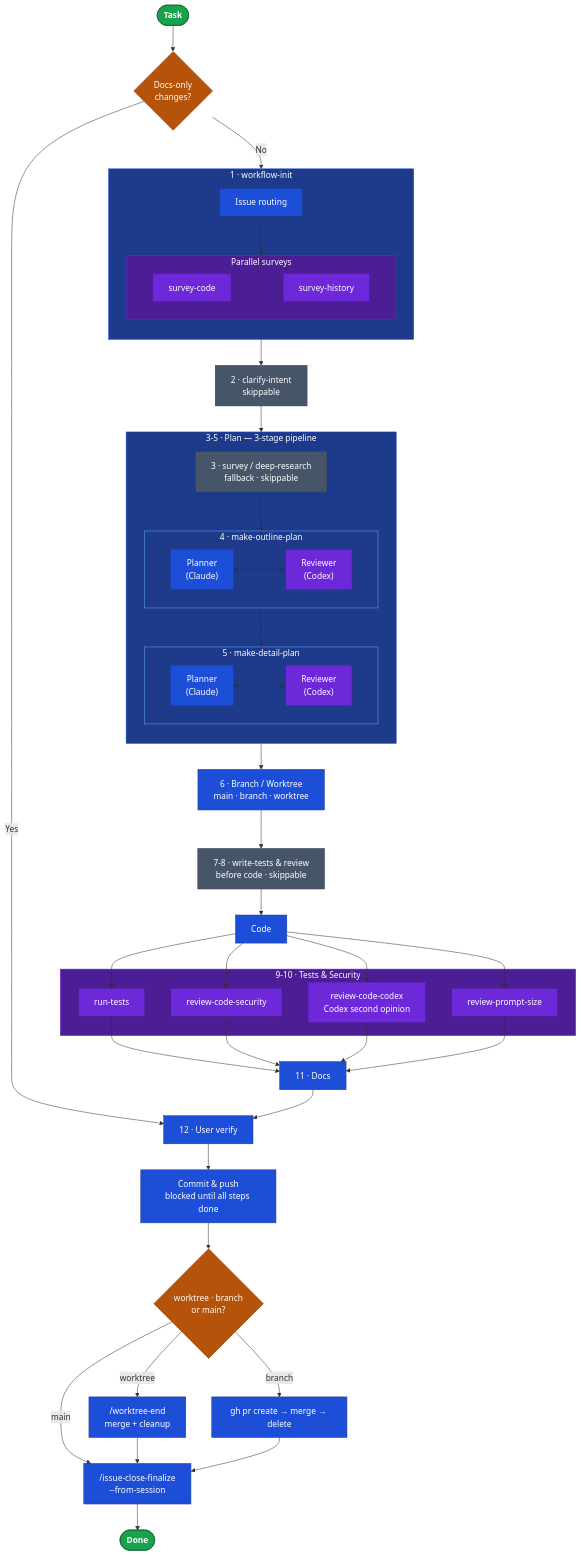
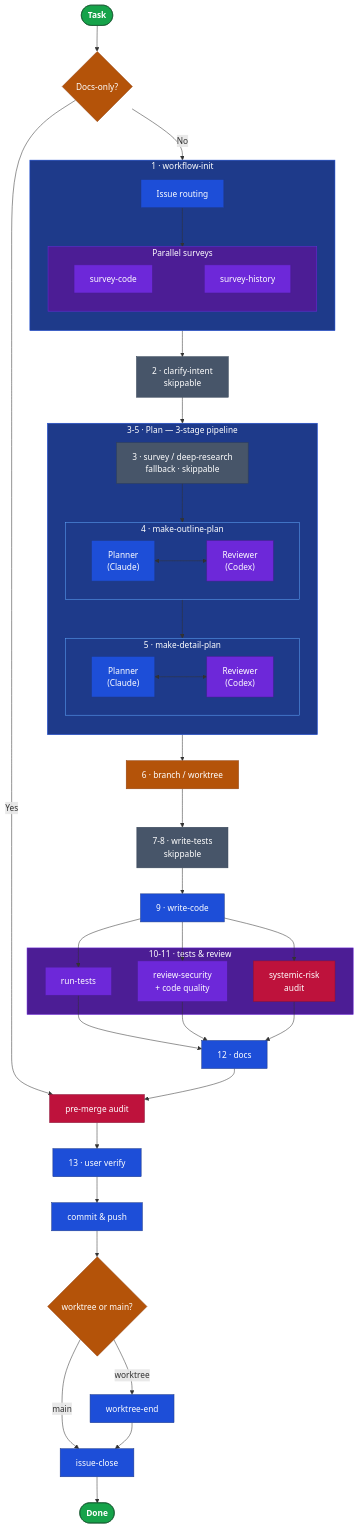
Before and after one commit to nirecom/agents: the diagram in README.md, drawn with Mermaid. The commit also changed other lines of this file and 3 other files, not shown here.

````diff
--- a/README.md
+++ b/README.md
@@ -44,77 +23,77 @@
 ```mermaid
 flowchart TD
     classDef terminal  fill:#16a34a,stroke:#14532d,color:#fff,font-weight:bold
     classDef decision  fill:#b45309,stroke:#92400e,color:#fff
+    classDef audit     fill:#be123c,stroke:#881337,color:#fff
     classDef skippable fill:#475569,stroke:#334155,color:#fff
+    classDef parallel  fill:#6d28d9,stroke:#4c1d95,color:#fff
     classDef required  fill:#1d4ed8,stroke:#1e3a8a,color:#fff
-    classDef parallel  fill:#6d28d9,stroke:#4c1d95,color:#fff
 
-    Task([Task]) --> DocCheck{Docs-only<br/>changes?}
-    DocCheck -- Yes --> UV["12 · User verify"]
-    DocCheck -- No  --> S0_sg
+    Task([Task]) --> Doc{Docs-only?}
+    Doc -- Yes --> Gate
+    Doc -- No  --> S0_sg
 
     subgraph S0_sg["1 · workflow-init"]
         direction TB
         S0_R["Issue routing"]
         subgraph S0_surv["Parallel surveys"]
             direction LR
             S0_SC["survey-code"] ~~~ S0_SH["survey-history"]
         end
         S0_R --> S0_surv
     end
 
     S0_sg --> S1["2 · clarify-intent<br/>skippable"]
-    S1  --> P2a
+    S1 --> P2a
 
     subgraph Plan["3-5 · Plan  —  3-stage pipeline"]
         direction TB
         P2a["3 · survey / deep-research<br/>fallback · skippable"] --> P2b_sg
         subgraph P2b_sg["4 · make-outline-plan"]
             direction LR
             P2b_L["Planner<br/>(Claude)"] <--> P2b_R["Reviewer<br/>(Codex)"]
         end
         P2b_sg --> P2c_sg
         subgraph P2c_sg["5 · make-detail-plan"]
             direction LR
             P2c_L["Planner<br/>(Claude)"] <--> P2c_R["Reviewer<br/>(Codex)"]
         end
     end
 
-    Plan --> S3["6 · Branch / Worktree<br/>main · branch · worktree"]
-    S3   --> S4["7-8 · write-tests & review<br/>before code · skippable"]
-    S4   --> S5["Code"]
+    Plan --> S3["6 · branch / worktree"]
+    S3 --> S4["7-8 · write-tests<br/>skippable"]
+    S4 --> S5["9 · write-code"]
 
-    S5 --> S6a & S6b & S6c & S6d
+    S5 --> S6a & S6b & SR
 
-    subgraph Review["9-10 · Tests & Security"]
+    subgraph Review["10-11 · tests & review"]
         S6a["run-tests"]
-        S6b["review-code-security"]
-        S6c["review-code-codex<br/>Codex second opinion"]
-        S6d["review-prompt-size"]
+        S6b["review-security<br/>+ code quality"]
+        SR["systemic-risk<br/>audit"]
     end
 
-    S6a & S6b & S6c & S6d --> S7["11 · Docs"]
-    S7 --> UV
-    UV --> S9["Commit & push<br/>blocked until all steps done"]
+    S6a & S6b & SR --> S7["12 · docs"]
+    S7 --> Gate["pre-merge audit"]
+    Gate --> UV["13 · user verify"]
+    UV --> Push["commit & push"]
 
-    S9 --> Cleanup{worktree · branch<br/>or main?}
-    Cleanup -- worktree --> WE["/worktree-end<br/>merge + cleanup"]
-    Cleanup -- branch   --> PR["gh pr create → merge → delete"]
-    Cleanup -- main     --> IC["/issue-close-finalize<br/>--from-session"]
+    Push --> Clean{worktree or main?}
+    Clean -- worktree --> WE["worktree-end"]
+    Clean -- main     --> IC["issue-close"]
     WE --> IC
-    PR --> IC
     IC --> Done([Done])
 
     style S0_sg  fill:#1e3a8a,stroke:#1d4ed8,color:#fff
     style S0_surv fill:#4c1d95,stroke:#6d28d9,color:#fff
     style Plan   fill:#1e3a8a,stroke:#1d4ed8,color:#fff
     style P2b_sg fill:#1e3a8a,stroke:#60a5fa,color:#fff
     style P2c_sg fill:#1e3a8a,stroke:#60a5fa,color:#fff
     style Review fill:#4c1d95,stroke:#6d28d9,color:#fff
 
     class Task,Done terminal
-    class DocCheck,Cleanup decision
+    class Doc,Clean,S3 decision
+    class Gate,SR audit
     class S1,P2a,S4 skippable
-    class P2b_L,P2c_L,S0_R,S3,S5,S7,UV,S9,WE,PR,IC required
-    class P2b_R,P2c_R,S0_SC,S0_SH,S6a,S6b,S6c,S6d parallel
+    class S0_SC,S0_SH,P2b_R,P2c_R,S6a,S6b parallel
+    class S0_R,P2b_L,P2c_L,S5,S7,UV,Push,WE,IC required
 ```
````
